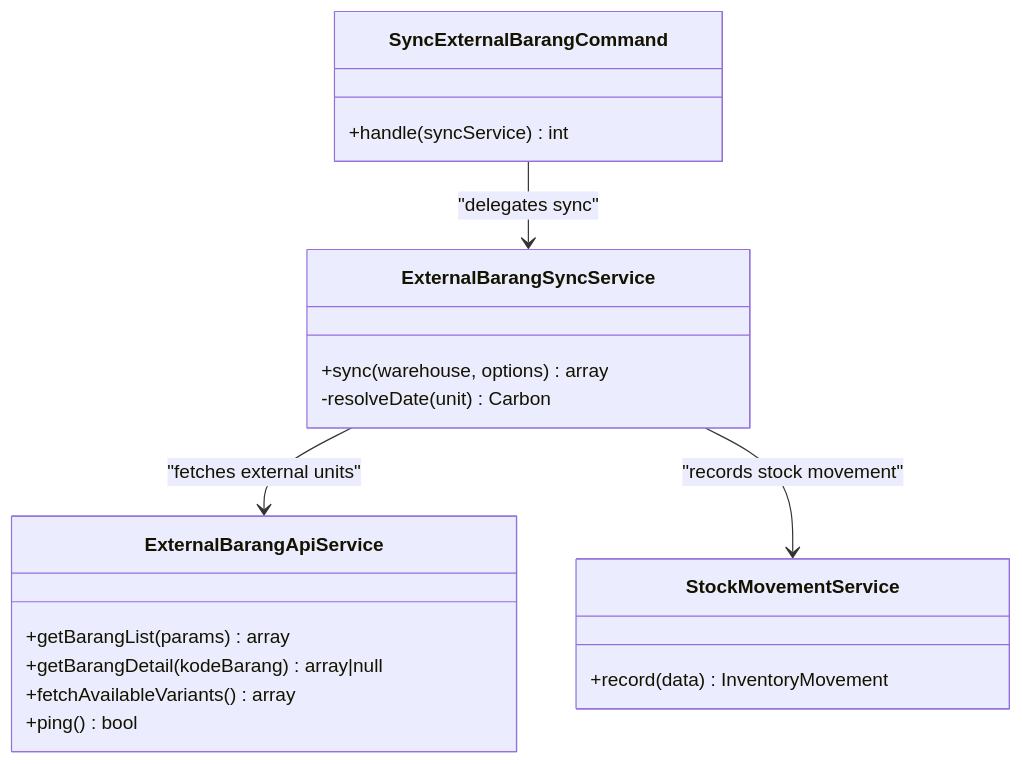
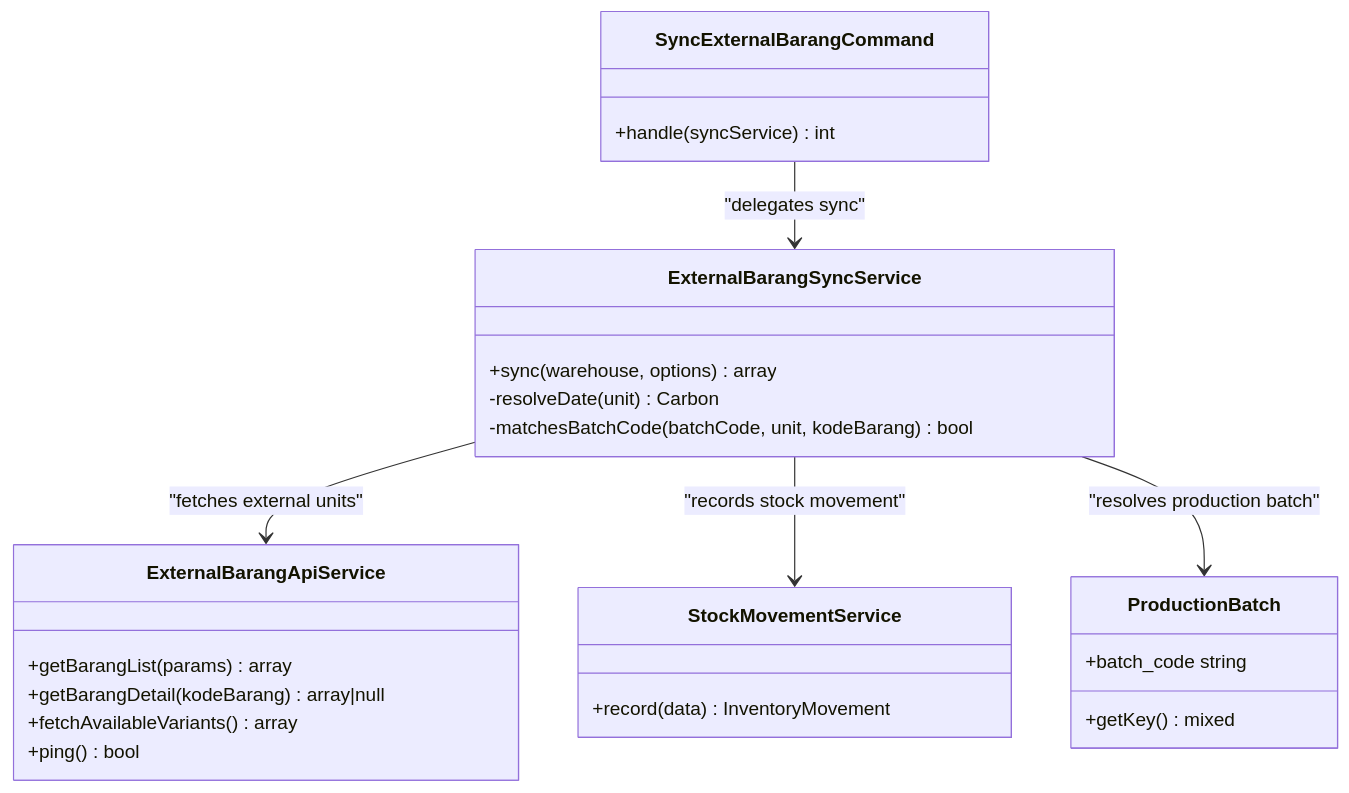
Before and after one commit to Dikksap/laravel_RsvHelmet: the fourth of 4 diagrams in .qoder/repowiki/en/content/API Reference/Console Commands.md, drawn with Mermaid. The commit also changed other lines of this file and 129 other files, not shown here.

````diff
--- a/.qoder/repowiki/en/content/API Reference/Console Commands.md
+++ b/.qoder/repowiki/en/content/API Reference/Console Commands.md
@@ -272,22 +315,28 @@
 ```mermaid
 classDiagram
 class SyncExternalBarangCommand {
 +handle(syncService) int
 }
 class ExternalBarangSyncService {
 +sync(warehouse, options) array
 -resolveDate(unit) Carbon
+-matchesBatchCode(batchCode, unit, kodeBarang) bool
 }
 class ExternalBarangApiService {
 +getBarangList(params) array
 +getBarangDetail(kodeBarang) array|null
 +fetchAvailableVariants() array
 +ping() bool
 }
 class StockMovementService {
 +record(data) InventoryMovement
 }
+class ProductionBatch {
++getKey() mixed
++batch_code string
+}
 SyncExternalBarangCommand --> ExternalBarangSyncService : "delegates sync"
 ExternalBarangSyncService --> ExternalBarangApiService : "fetches external units"
 ExternalBarangSyncService --> StockMovementService : "records stock movement"
+ExternalBarangSyncService --> ProductionBatch : "resolves production batch"
 ```
````
